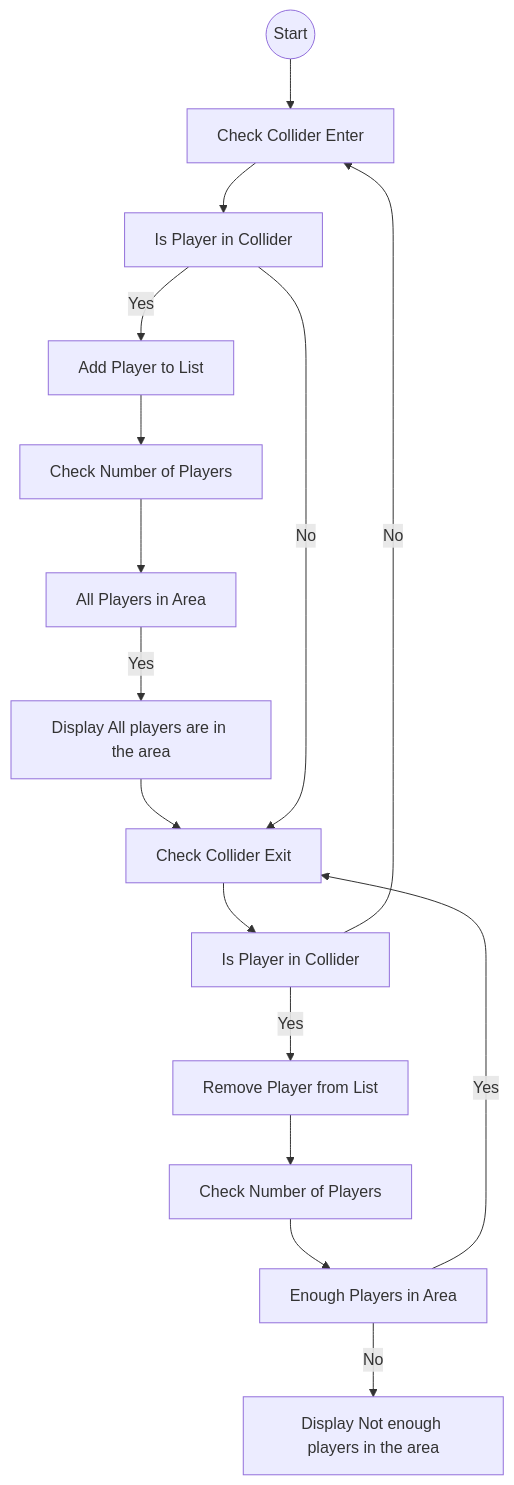
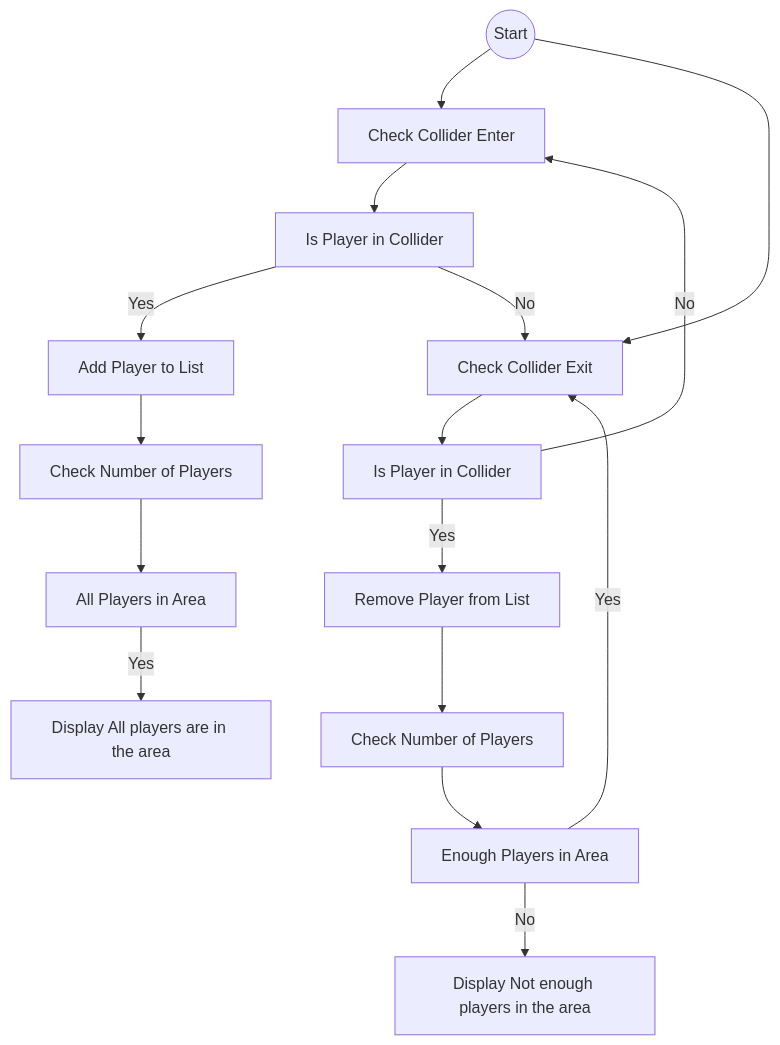
One commit to PAP0/Linx-Game changed the third of 3 diagrams in README.md. Above: the diagram before and after it, drawn with Mermaid.

```diff
--- a/README.md
+++ b/README.md
@@ -104,32 +104,32 @@
 ~~~mermaid
 flowchart TD; 
     A((Start))
     B[Check Collider Enter]
     C[Is Player in Collider]
     D[Add Player to List]
     E[Check Number of Players]
     F[All Players in Area]
     G[Display All players are in the area]
     H[Check Collider Exit]
     I[Is Player in Collider]
     J[Remove Player from List]
     K[Check Number of Players]
     L[Enough Players in Area]
     M[Display Not enough players in the area]
     
     A --> B
+    A --> H
     B --> C
     C -- Yes --> D
     D --> E
     E --> F
     F -- Yes --> G
-    G --> H
     H --> I
     I -- Yes --> J
     J --> K
     K --> L
     L -- No --> M
     L -- Yes --> H
     C -- No --> H
     I -- No --> B
 ~~~
```
